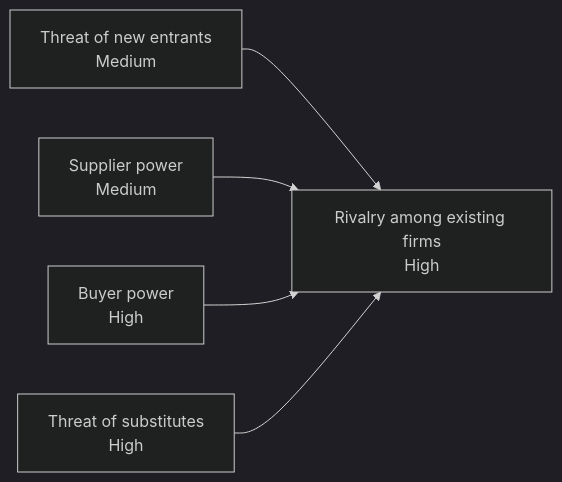
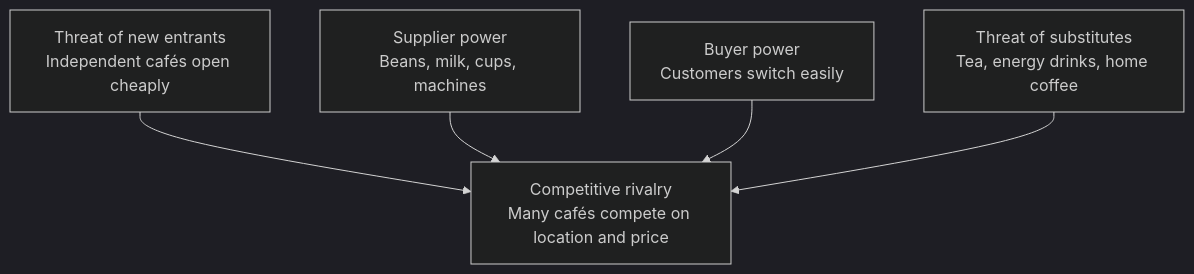
Before and after one commit to vrevolverrr/vicher: the diagram in eval/figure/generated/haiku/b-five-forces.md, drawn with Mermaid (dark theme). The commit also changed other lines of this file and 243 other files, not shown here.

First line of the commit message:
feat(figure): replace tags with groups and states (#13)

````diff
--- a/eval/figure/generated/haiku/b-five-forces.md
+++ b/eval/figure/generated/haiku/b-five-forces.md
@@ -1,12 +1,12 @@
 ```mermaid
-flowchart LR
-    NE["Threat of new entrants<br/>Medium"]
-    SU["Supplier power<br/>Medium"]
-    BU["Buyer power<br/>High"]
-    SB["Threat of substitutes<br/>High"]
-    RI["Rivalry among existing firms<br/>High"]
-    NE --> RI
-    SU --> RI
-    BU --> RI
-    SB --> RI
+flowchart TB
+    NE["Threat of new entrants<br/>Independent cafés open cheaply"]
+    SP["Supplier power<br/>Beans, milk, cups, machines"]
+    BP["Buyer power<br/>Customers switch easily"]
+    SU["Threat of substitutes<br/>Tea, energy drinks, home coffee"]
+    RV["Competitive rivalry<br/>Many cafés compete on location and price"]
+    NE --> RV
+    SP --> RV
+    BP --> RV
+    SU --> RV
 ```
````
